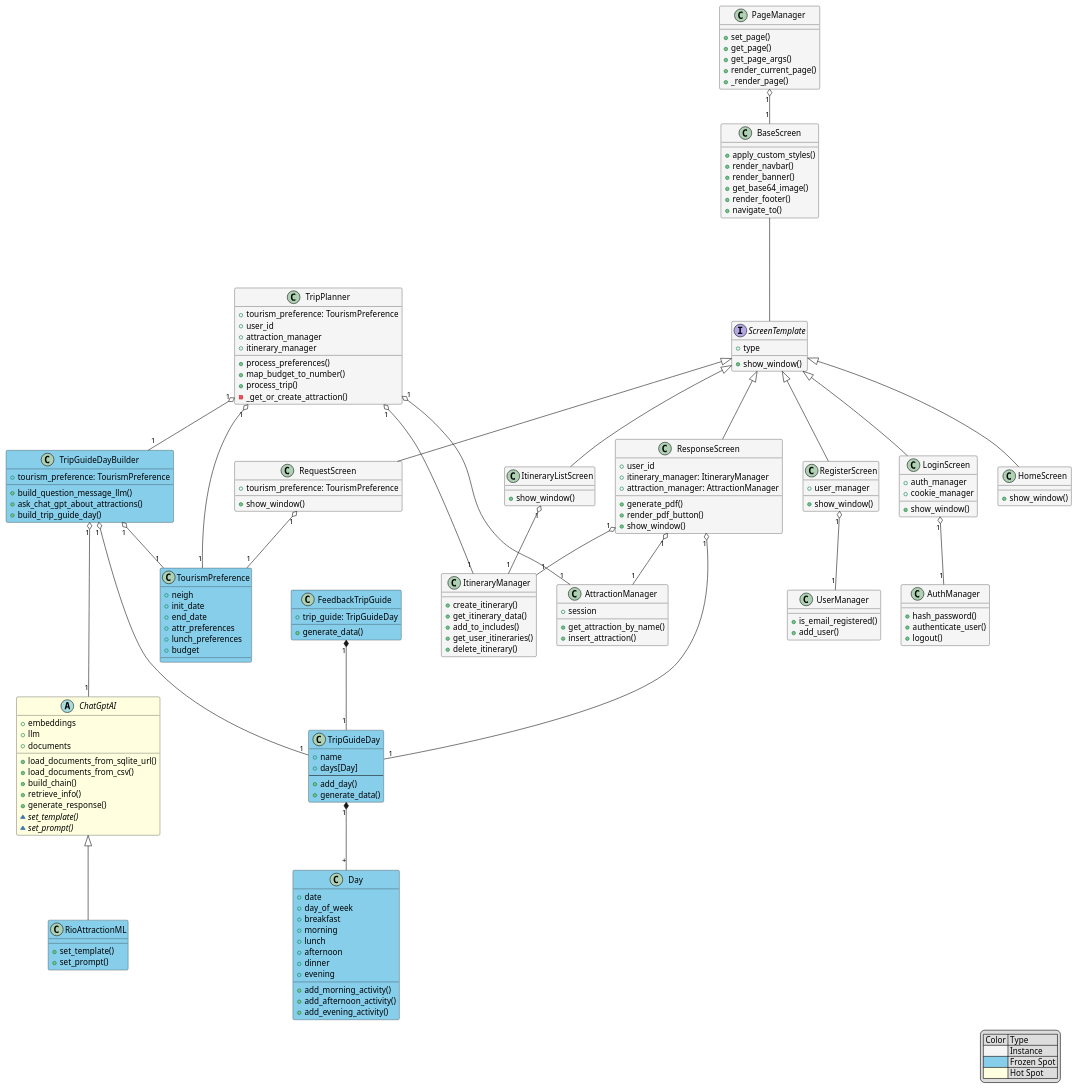
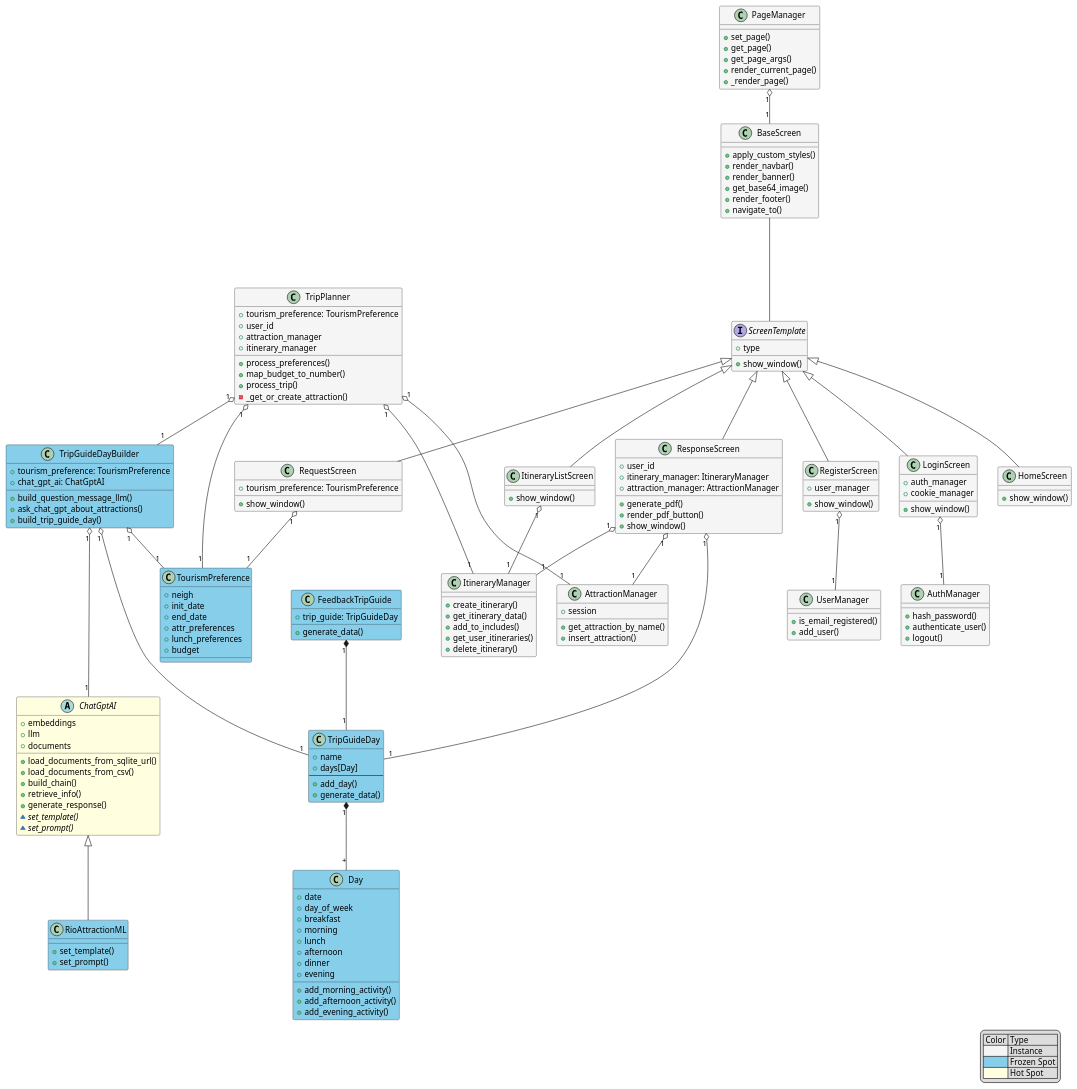
One commit to isobrrj/where-to-rio changed the diagram in diagramacao.plantuml. Above: the diagram before and after it, drawn with PlantUML. The commit also changed 2 other files, not shown here.

Commit message:
Ajuste da conexão do ChatGPTAI com TripGuiderBuilder

```diff
--- a/diagramacao.plantuml
+++ b/diagramacao.plantuml
@@ -95,6 +95,7 @@
 
 class TripGuideDayBuilder #SkyBlue {
     + tourism_preference: TourismPreference
+    + chat_gpt_ai: ChatGptAI
 
     + build_question_message_llm()
     + ask_chat_gpt_about_attractions()
```
